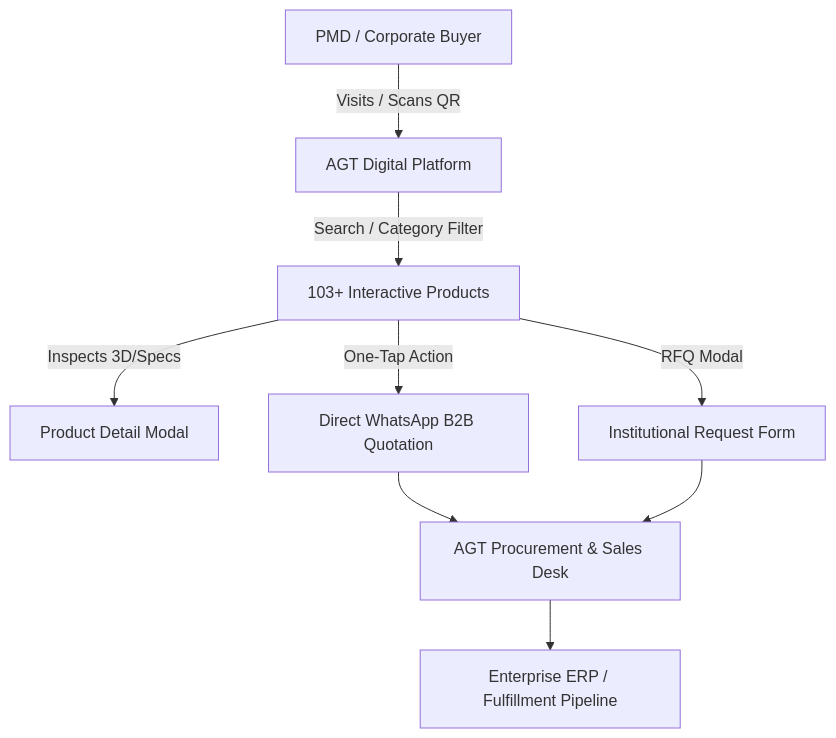
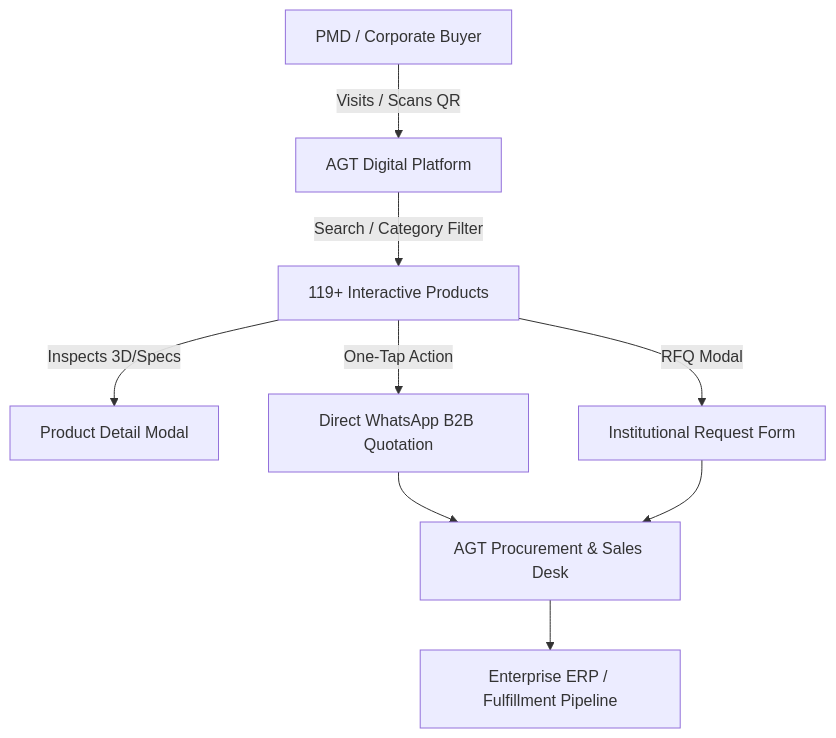
Before and after one commit to TalhaTamim45/agt-platform: the first of 2 diagrams in PROJECT.md, drawn with Mermaid. The commit also changed other lines of this file and 18 other files, not shown here.

Commit message:
feat(catalog): add 16 new B2B products (AGT-104 to AGT-119) with zero-gravity WebP assets

````diff
--- a/PROJECT.md
+++ b/PROJECT.md
@@ -36,11 +36,11 @@
 ```mermaid
 graph TD
     Client[PMD / Corporate Buyer] -->|Visits / Scans QR| WebPlatform[AGT Digital Platform]
-    WebPlatform -->|Search / Category Filter| Catalog[103+ Interactive Products]
+    WebPlatform -->|Search / Category Filter| Catalog[119+ Interactive Products]
     Catalog -->|Inspects 3D/Specs| DetailModal[Product Detail Modal]
     Catalog -->|One-Tap Action| WhatsApp[Direct WhatsApp B2B Quotation]
     Catalog -->|RFQ Modal| QuoteRequest[Institutional Request Form]
     WhatsApp --> SalesTeam[AGT Procurement & Sales Desk]
     QuoteRequest --> SalesTeam
     SalesTeam --> ERP[Enterprise ERP / Fulfillment Pipeline]
 ```
````
